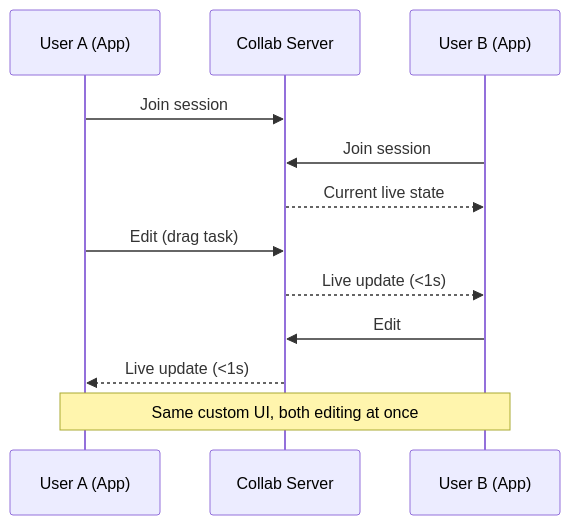
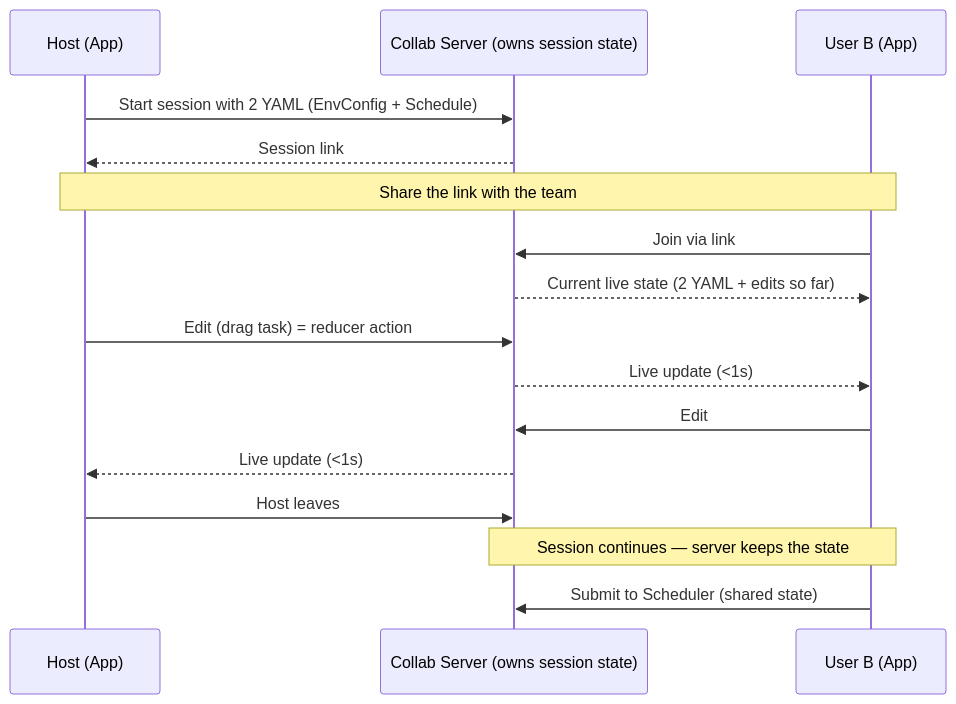
Before and after one commit to WhiTeXCharGe/TF_Testing: the first of 6 diagrams in GanttChartEditor/GanttChartEditor_Collaboration_Presentation.md, drawn with Mermaid. The commit also changed other lines of this file, not shown here.

Commit message:
sync handling collab session

````diff
--- a/GanttChartEditor/GanttChartEditor_Collaboration_Presentation.md
+++ b/GanttChartEditor/GanttChartEditor_Collaboration_Presentation.md
@@ -10,14 +12,35 @@
-```mermaid
-sequenceDiagram
-    participant A as User A (App)
-    participant S as Collab Server
-    participant B as User B (App)
-    A->>S: Join session
-    B->>S: Join session
-    S-->>B: Current live state
-    A->>S: Edit (drag task)
-    S-->>B: Live update (<1s)
-    B->>S: Edit
-    S-->>A: Live update (<1s)
-    Note over A,B: Same custom UI, both editing at once
-```
+```mermaid  
+
+sequenceDiagram  
+
+participant A as Host (App)  
+
+participant S as Collab Server (owns session state)  
+
+participant B as User B (App)  
+
+A->>S: Start session with 2 YAML (EnvConfig + Schedule)  
+
+S-->>A: Session link  
+
+Note over A,B: Share the link with the team  
+
+B->>S: Join via link  
+
+S-->>B: Current live state (2 YAML + edits so far)  
+
+A->>S: Edit (drag task) = reducer action  
+
+S-->>B: Live update (<1s)  
+
+B->>S: Edit  
+
+S-->>A: Live update (<1s)  
+
+A->>S: Host leaves  
+
+Note over S,B: Session continues — server keeps the state  
+
+B->>S: Submit to Scheduler (shared state)  
+
+```  
````
